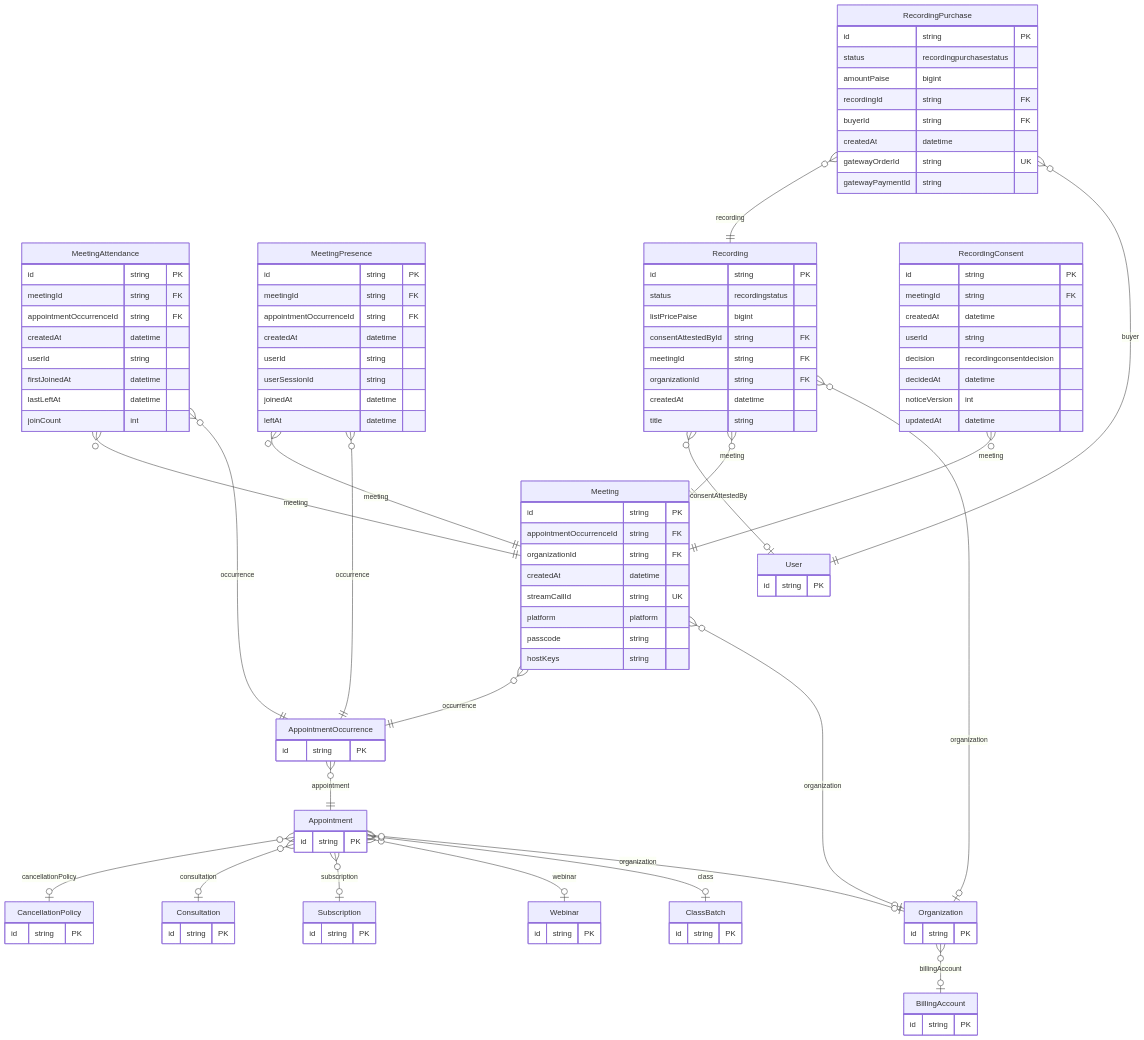
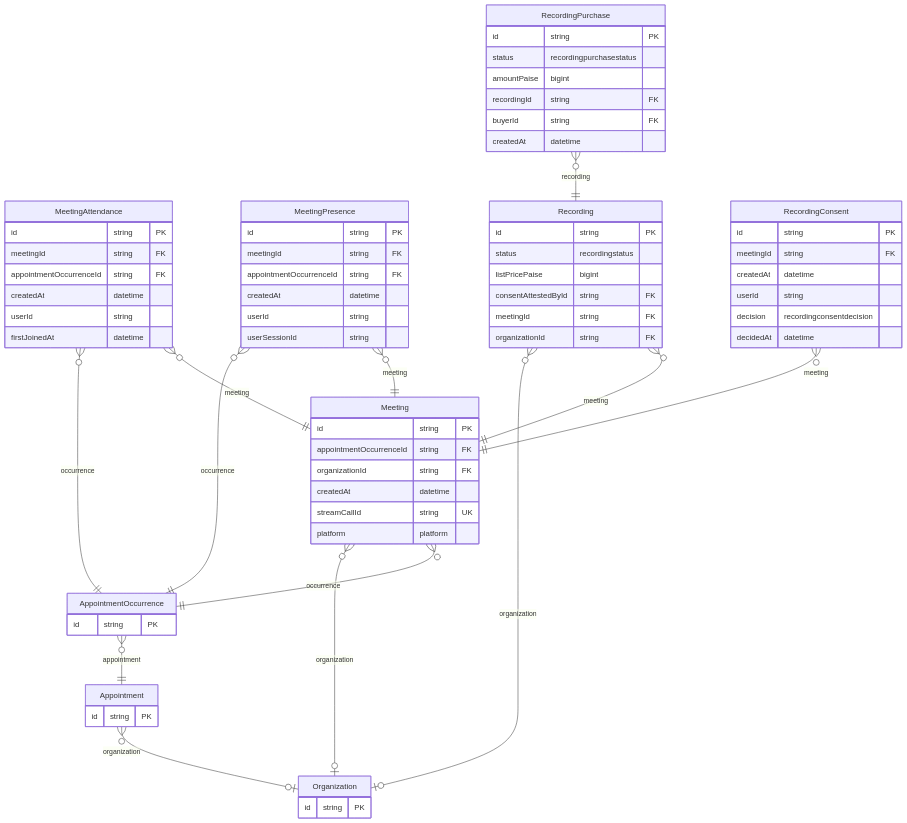
Before and after one commit to Practitionist/familiarise_web: the second of 3 diagrams in docs/prisma/domains/04-lifecycle-and-sessions.md, drawn with Mermaid. The commit also changed other lines of this file and 14 other files, not shown here.

````diff
--- a/docs/prisma/domains/04-lifecycle-and-sessions.md
+++ b/docs/prisma/domains/04-lifecycle-and-sessions.md
@@ -130,8 +88,6 @@
         createdAt datetime
         streamCallId string UK
         platform platform
-        passcode string
-        hostKeys string
     }
     MeetingAttendance {
         id string PK
@@ -140,8 +96,6 @@
         createdAt datetime
         userId string
         firstJoinedAt datetime
-        lastLeftAt datetime
-        joinCount int
     }
     MeetingPresence {
         id string PK
@@ -150,8 +104,6 @@
         createdAt datetime
         userId string
         userSessionId string
-        joinedAt datetime
-        leftAt datetime
     }
     Recording {
         id string PK
@@ -160,8 +112,6 @@
         consentAttestedById string FK
         meetingId string FK
         organizationId string FK
-        createdAt datetime
-        title string
     }
     RecordingConsent {
         id string PK
@@ -170,8 +120,6 @@
         userId string
         decision recordingconsentdecision
         decidedAt datetime
-        noticeVersion int
-        updatedAt datetime
     }
     RecordingPurchase {
         id string PK
@@ -180,8 +128,6 @@
         recordingId string FK
         buyerId string FK
         createdAt datetime
-        gatewayOrderId string UK
-        gatewayPaymentId string
     }
     AppointmentOccurrence {
         id string PK
@@ -192,45 +138,16 @@
     Organization {
         id string PK
     }
-    User {
-        id string PK
-    }
-    CancellationPolicy {
-        id string PK
-    }
-    Consultation {
-        id string PK
-    }
-    Subscription {
-        id string PK
-    }
-    Webinar {
-        id string PK
-    }
-    ClassBatch {
-        id string PK
-    }
-    BillingAccount {
-        id string PK
-    }
     Meeting }o--|| AppointmentOccurrence : "occurrence"
     Meeting }o--o| Organization : "organization"
     MeetingAttendance }o--|| Meeting : "meeting"
     MeetingAttendance }o--|| AppointmentOccurrence : "occurrence"
     MeetingPresence }o--|| Meeting : "meeting"
     MeetingPresence }o--|| AppointmentOccurrence : "occurrence"
-    Recording }o--o| User : "consentAttestedBy"
     Recording }o--|| Meeting : "meeting"
     Recording }o--o| Organization : "organization"
     RecordingConsent }o--|| Meeting : "meeting"
     RecordingPurchase }o--|| Recording : "recording"
-    RecordingPurchase }o--|| User : "buyer"
     AppointmentOccurrence }o--|| Appointment : "appointment"
-    Appointment }o--o| CancellationPolicy : "cancellationPolicy"
-    Appointment }o--o| Consultation : "consultation"
-    Appointment }o--o| Subscription : "subscription"
-    Appointment }o--o| Webinar : "webinar"
-    Appointment }o--o| ClassBatch : "class"
     Appointment }o--o| Organization : "organization"
-    Organization }o--o| BillingAccount : "billingAccount"
 ```
````
